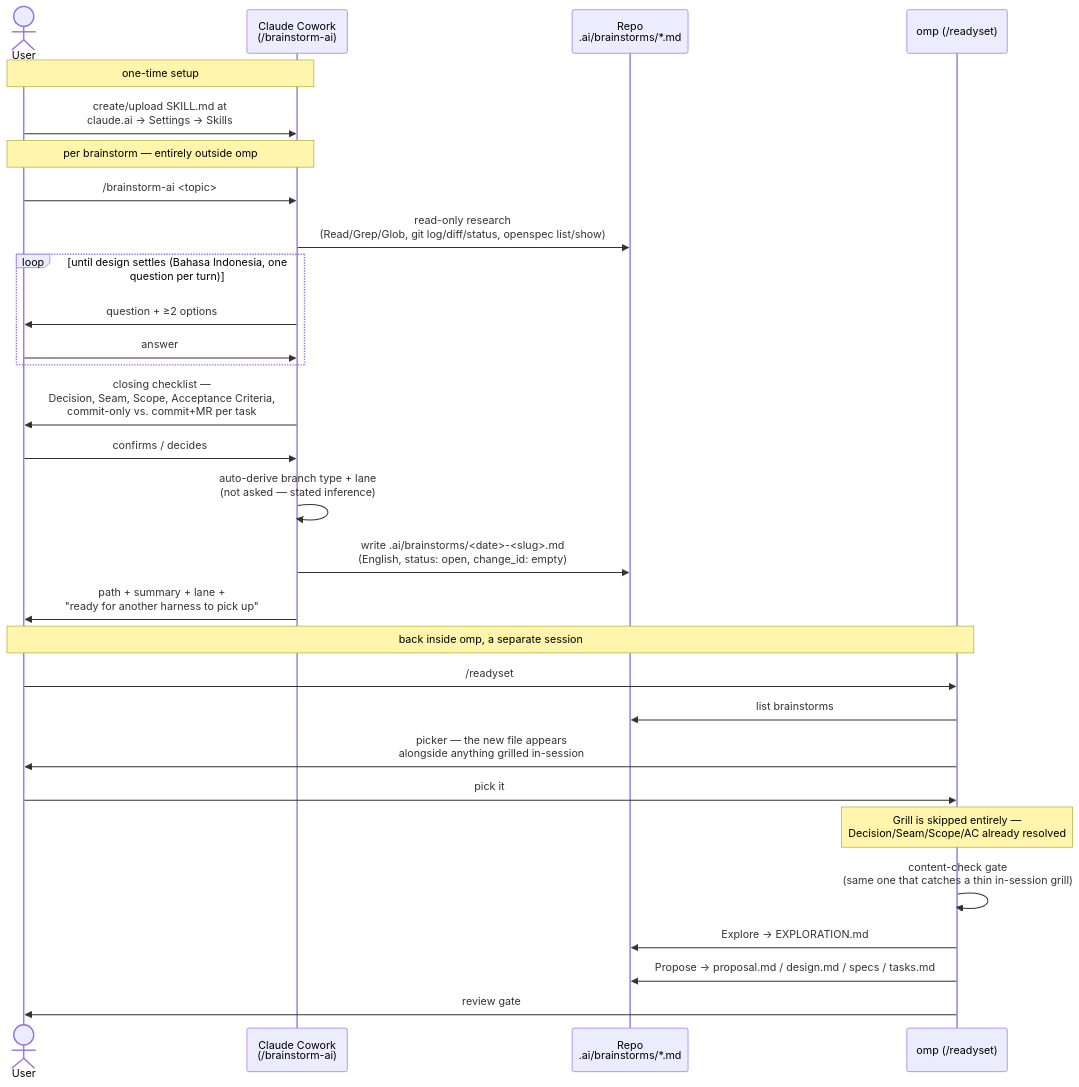
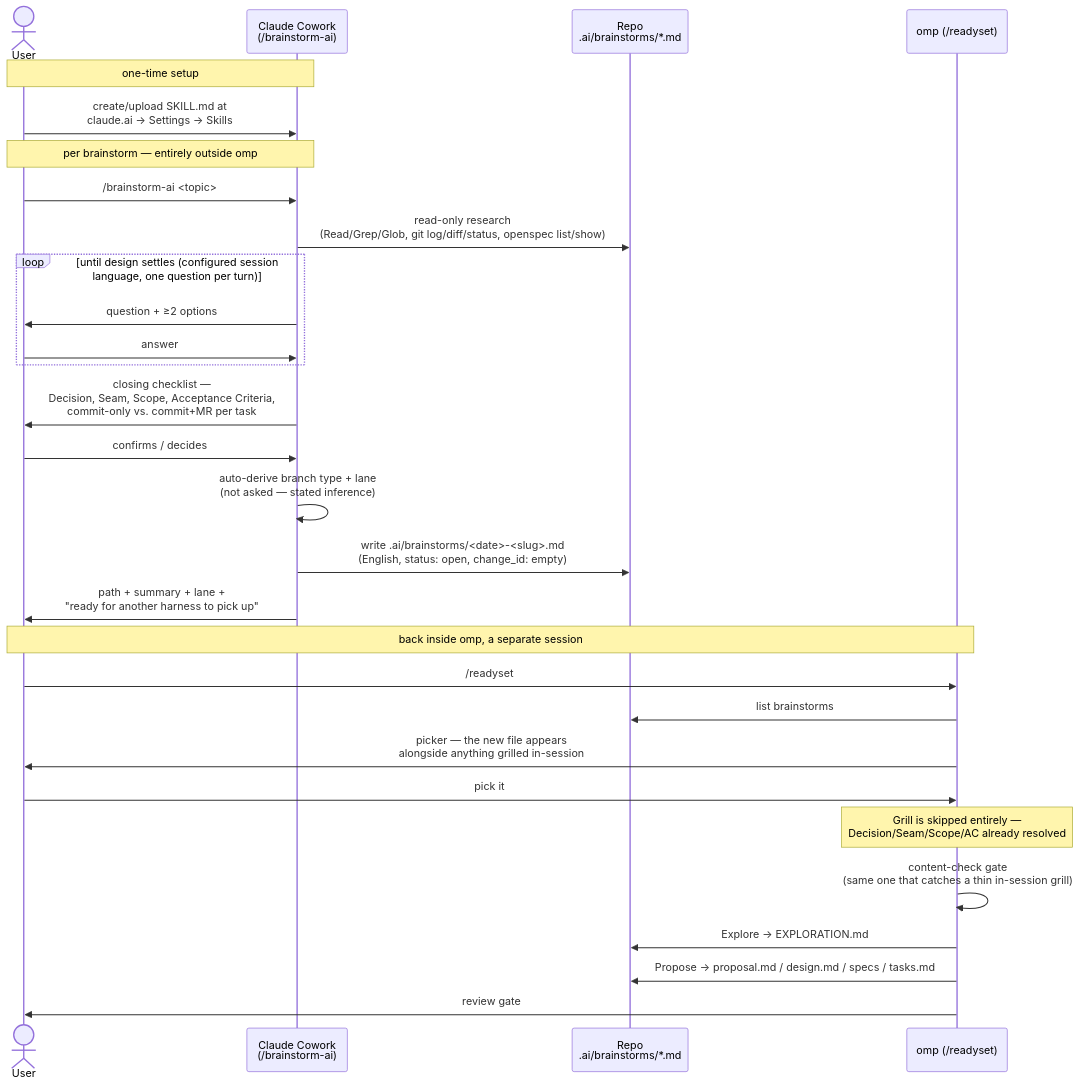
One commit to fresp/readyset-flow changed the diagram in resources/brainstorm-ai/README.md. Above: the diagram before and after it, drawn with Mermaid. The commit also changed other lines of this file and 1 other file, not shown here.

First line of the commit message:
brainstorm-ai skill: make the session language configurable

````diff
--- a/resources/brainstorm-ai/README.md
+++ b/resources/brainstorm-ai/README.md
@@ -30,34 +42,34 @@
 ```mermaid
 sequenceDiagram
     actor User
     participant Cowork as Claude Cowork<br/>(/brainstorm-ai)
     participant Repo as Repo<br/>.ai/brainstorms/*.md
     participant Omp as omp (/readyset)
 
     Note over User,Cowork: one-time setup
     User->>Cowork: create/upload SKILL.md at<br/>claude.ai → Settings → Skills
 
     Note over User,Cowork: per brainstorm — entirely outside omp
     User->>Cowork: /brainstorm-ai <topic>
     Cowork->>Repo: read-only research<br/>(Read/Grep/Glob, git log/diff/status, openspec list/show)
-    loop until design settles (Bahasa Indonesia, one question per turn)
+    loop until design settles (configured session language, one question per turn)
         Cowork->>User: question + ≥2 options
         User->>Cowork: answer
     end
     Cowork->>User: closing checklist —<br/>Decision, Seam, Scope, Acceptance Criteria,<br/>commit-only vs. commit+MR per task
     User->>Cowork: confirms / decides
     Cowork->>Cowork: auto-derive branch type + lane<br/>(not asked — stated inference)
     Cowork->>Repo: write .ai/brainstorms/<date>-<slug>.md<br/>(English, status: open, change_id: empty)
     Cowork->>User: path + summary + lane +<br/>"ready for another harness to pick up"
 
     Note over User,Omp: back inside omp, a separate session
     User->>Omp: /readyset
     Omp->>Repo: list brainstorms
     Omp->>User: picker — the new file appears<br/>alongside anything grilled in-session
     User->>Omp: pick it
     Note over Omp: Grill is skipped entirely —<br/>Decision/Seam/Scope/AC already resolved
     Omp->>Omp: content-check gate<br/>(same one that catches a thin in-session grill)
     Omp->>Repo: Explore → EXPLORATION.md
     Omp->>Repo: Propose → proposal.md / design.md / specs / tasks.md
     Omp->>User: review gate
 ```
````
